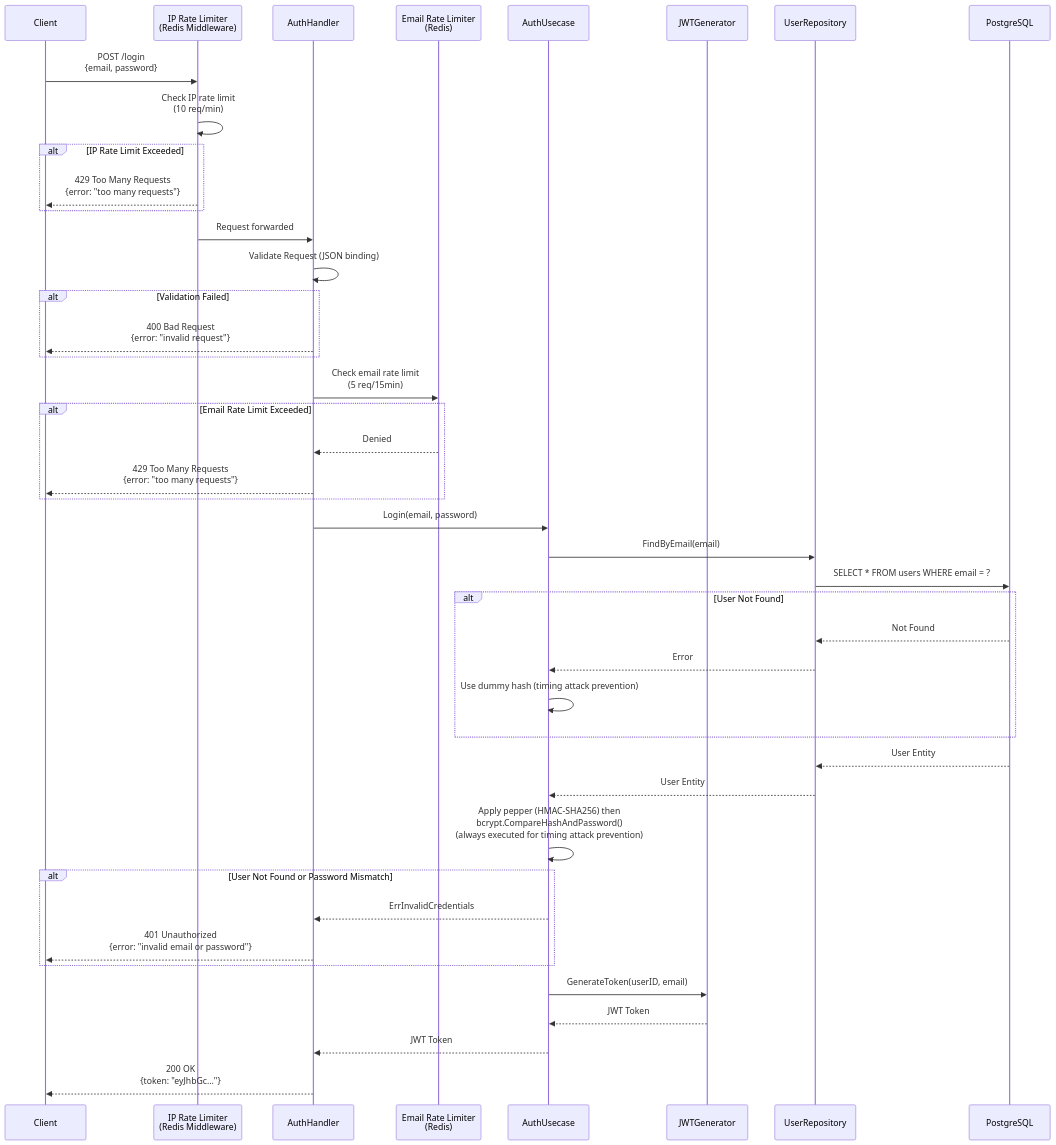
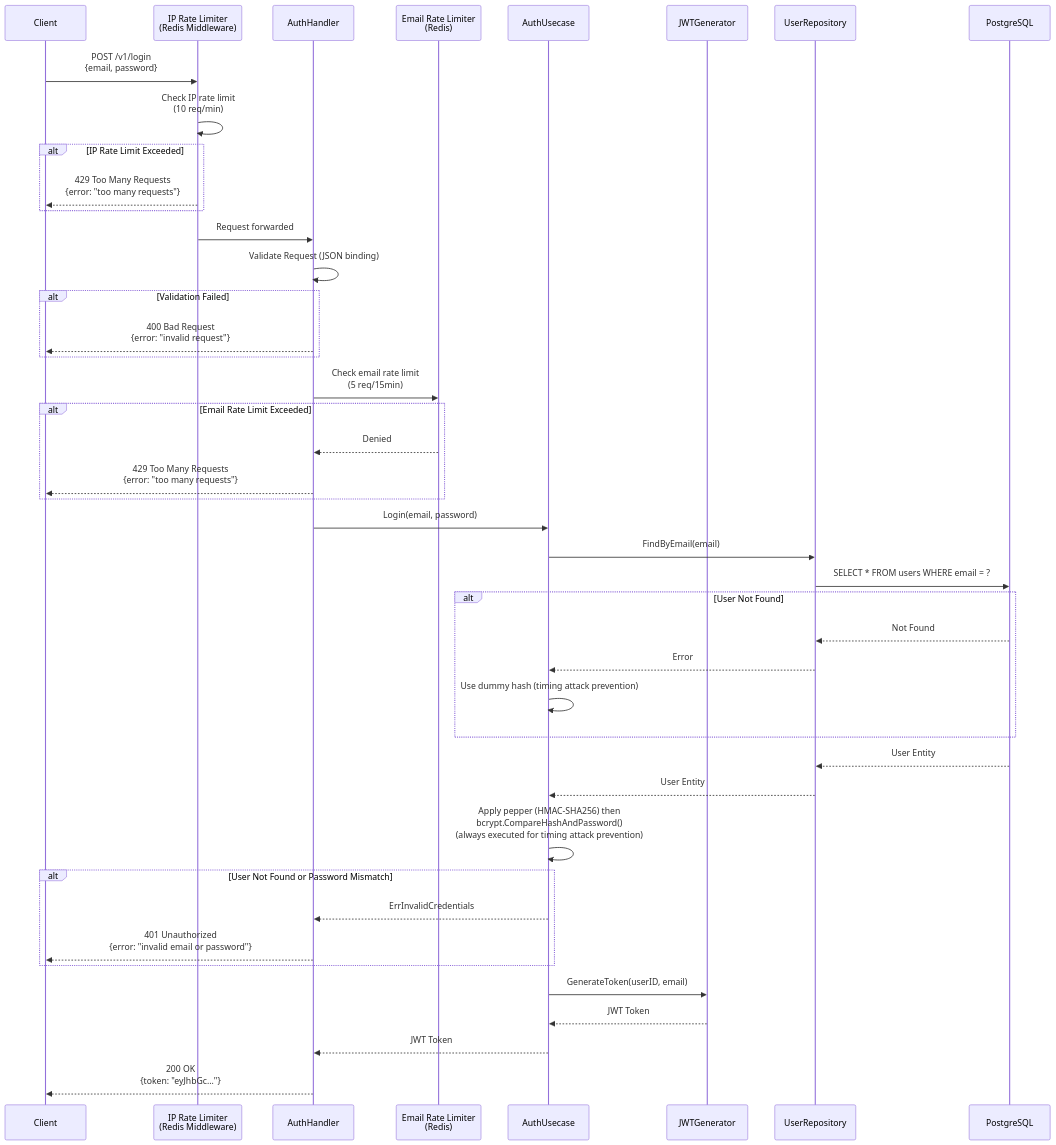
Before and after one commit to UCHIDAnobuhiro/stock_backend: the second of 3 diagrams in internal/feature/auth/README.md, drawn with Mermaid. The commit also changed other lines of this file and 6 other files, not shown here.

````diff
--- a/internal/feature/auth/README.md
+++ b/internal/feature/auth/README.md
@@ -63,56 +63,56 @@
 ```mermaid
 sequenceDiagram
     participant Client
     participant RateLimit as IP Rate Limiter<br/>(Redis Middleware)
     participant Handler as AuthHandler
     participant Limiter as Email Rate Limiter<br/>(Redis)
     participant Usecase as AuthUsecase
     participant JWTGenerator as JWTGenerator
     participant Repository as UserRepository
     participant DB as PostgreSQL
 
-    Client->>RateLimit: POST /login<br/>{email, password}
+    Client->>RateLimit: POST /v1/login<br/>{email, password}
     RateLimit->>RateLimit: Check IP rate limit<br/>(10 req/min)
 
     alt IP Rate Limit Exceeded
         RateLimit-->>Client: 429 Too Many Requests<br/>{error: "too many requests"}
     end
 
     RateLimit->>Handler: Request forwarded
     Handler->>Handler: Validate Request (JSON binding)
 
     alt Validation Failed
         Handler-->>Client: 400 Bad Request<br/>{error: "invalid request"}
     end
 
     Handler->>Limiter: Check email rate limit<br/>(5 req/15min)
 
     alt Email Rate Limit Exceeded
         Limiter-->>Handler: Denied
         Handler-->>Client: 429 Too Many Requests<br/>{error: "too many requests"}
     end
 
     Handler->>Usecase: Login(email, password)
     Usecase->>Repository: FindByEmail(email)
     Repository->>DB: SELECT * FROM users WHERE email = ?
 
     alt User Not Found
         DB-->>Repository: Not Found
         Repository-->>Usecase: Error
         Usecase->>Usecase: Use dummy hash (timing attack prevention)
     end
 
     DB-->>Repository: User Entity
     Repository-->>Usecase: User Entity
     Usecase->>Usecase: Apply pepper (HMAC-SHA256) then<br/>bcrypt.CompareHashAndPassword()<br/>(always executed for timing attack prevention)
 
     alt User Not Found or Password Mismatch
         Usecase-->>Handler: ErrInvalidCredentials
         Handler-->>Client: 401 Unauthorized<br/>{error: "invalid email or password"}
     end
 
     Usecase->>JWTGenerator: GenerateToken(userID, email)
     JWTGenerator-->>Usecase: JWT Token
     Usecase-->>Handler: JWT Token
     Handler-->>Client: 200 OK<br/>{token: "eyJhbGc..."}
 ```
````
